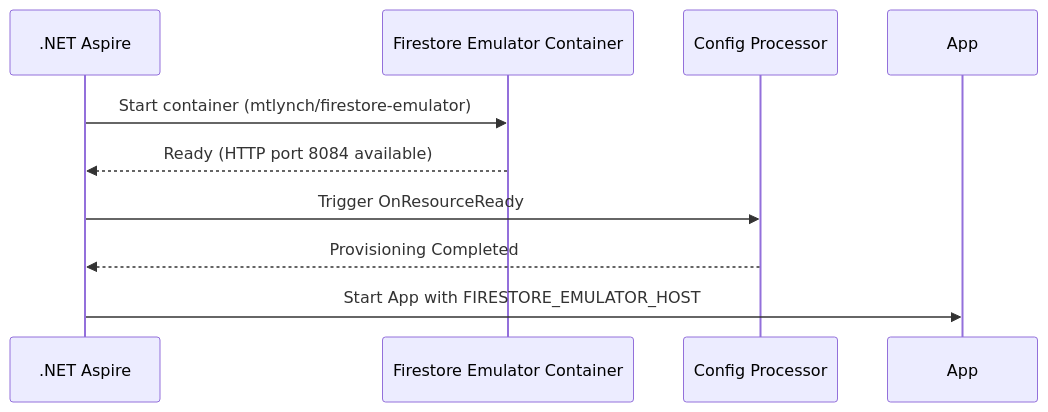
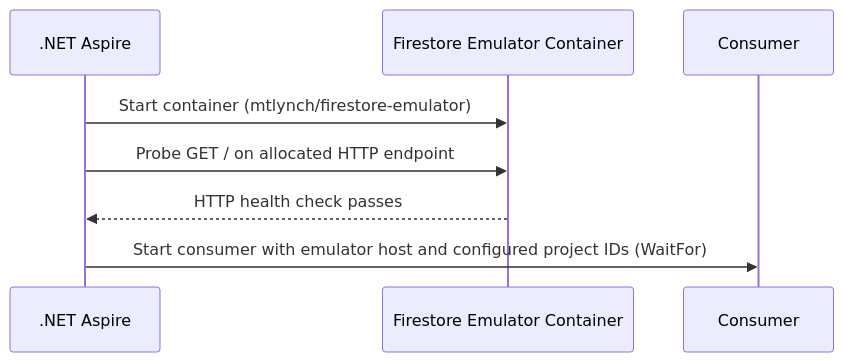
The diagram in src/MVFC.Aspire.Helpers.GcpFirestore/README.md (Marcus-V-Freitas/MVFC.Aspire.Helpers), drawn with Mermaid before and after one commit. The commit also changed other lines of this file and 74 other files, not shown here.

````diff
--- a/src/MVFC.Aspire.Helpers.GcpFirestore/README.md
+++ b/src/MVFC.Aspire.Helpers.GcpFirestore/README.md
@@ -108,12 +111,11 @@
 ```mermaid
 sequenceDiagram
     participant Aspire as .NET Aspire
     participant Container as Firestore Emulator Container
-    participant Configurator as Config Processor
-    
+    participant App as Consumer
+
     Aspire->>Container: Start container (mtlynch/firestore-emulator)
-    Container-->>Aspire: Ready (HTTP port 8084 available)
-    Aspire->>Configurator: Trigger OnResourceReady
-    Configurator-->>Aspire: Provisioning Completed
-    Aspire->>App: Start App with FIRESTORE_EMULATOR_HOST
+    Aspire->>Container: Probe GET / on allocated HTTP endpoint
+    Container-->>Aspire: HTTP health check passes
+    Aspire->>App: Start consumer with emulator host and configured project IDs (WaitFor)
 ```
````
